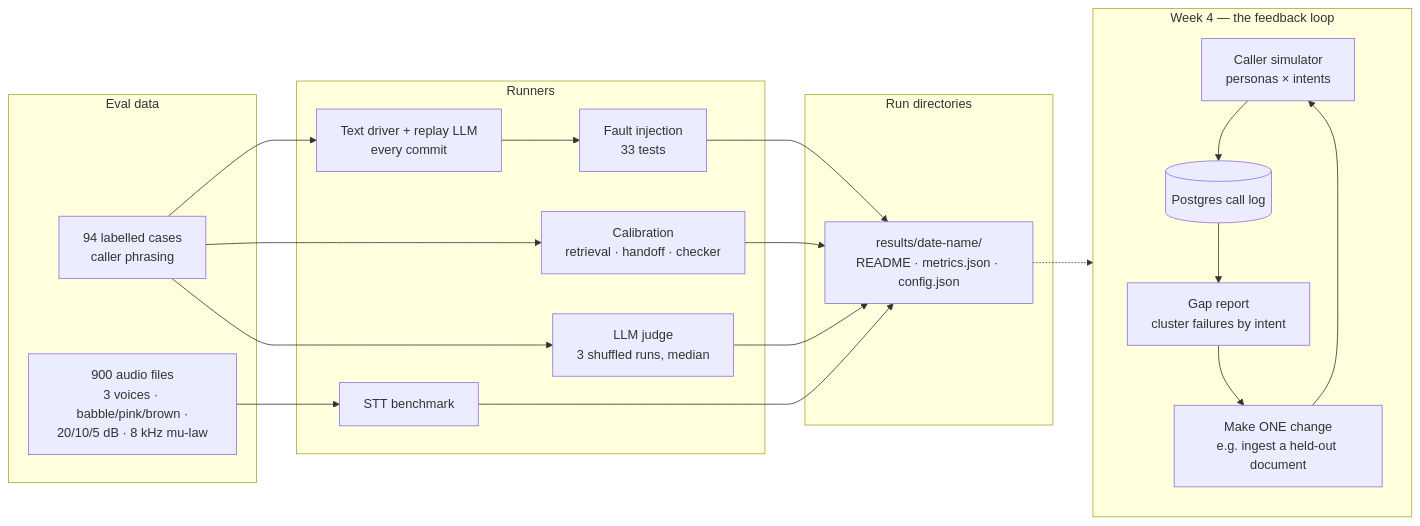
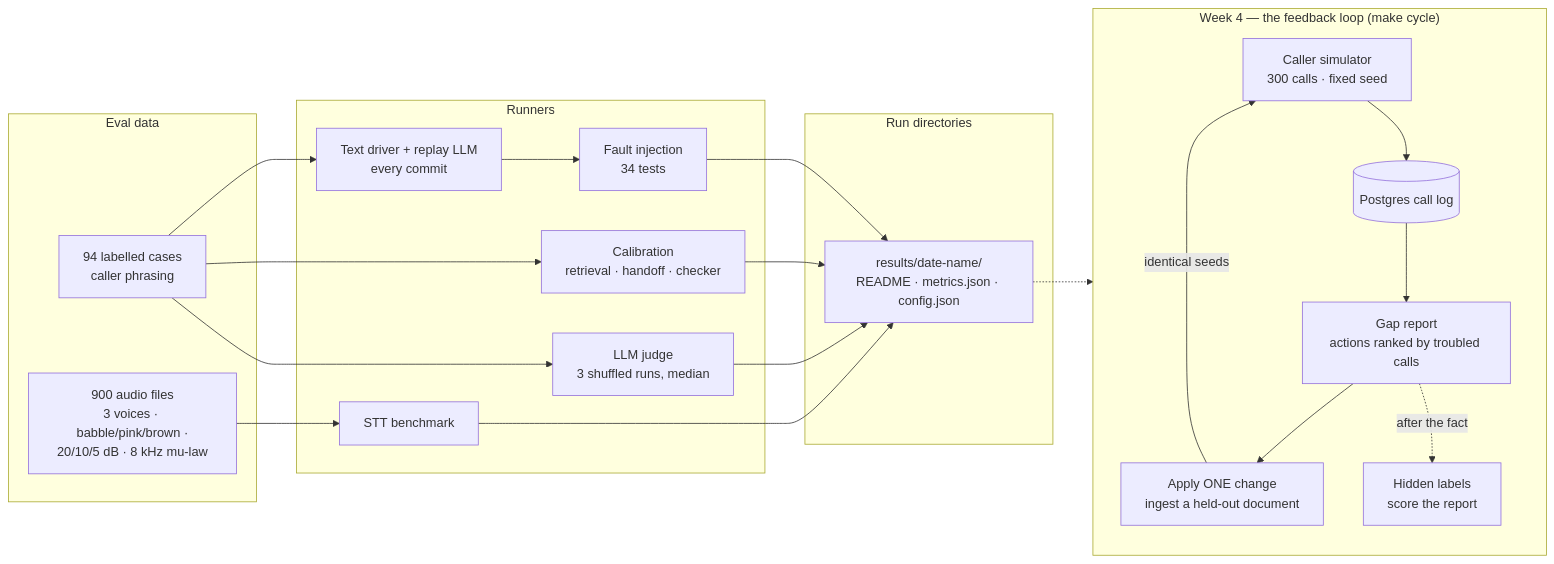
The tenth of 11 diagrams in README.md (ghantasala-sr/Voice-Desk), drawn with Mermaid before and after one commit. The commit also changed other lines of this file and 64 other files, not shown here.

````diff
--- a/README.md
+++ b/README.md
@@ -428,32 +437,33 @@
 ```mermaid
 flowchart LR
     subgraph data["Eval data"]
         CASES["94 labelled cases<br/>caller phrasing"]
         AUD["900 audio files<br/>3 voices · babble/pink/brown ·<br/>20/10/5 dB · 8 kHz mu-law"]
     end
 
     subgraph runners["Runners"]
         TD["Text driver + replay LLM<br/>every commit"]
-        FI["Fault injection<br/>33 tests"]
+        FI["Fault injection<br/>34 tests"]
         CAL["Calibration<br/>retrieval · handoff · checker"]
         STTE["STT benchmark"]
         JUDGE["LLM judge<br/>3 shuffled runs, median"]
     end
 
     subgraph out["Run directories"]
         RES["results/date-name/<br/>README · metrics.json · config.json"]
     end
 
     CASES --> TD & CAL & JUDGE
     AUD --> STTE
     TD --> FI
     CAL & STTE & FI & JUDGE --> RES
 
-    subgraph loop["Week 4 — the feedback loop"]
-        SIM["Caller simulator<br/>personas × intents"] --> PG[("Postgres call log")]
-        PG --> GAP["Gap report<br/>cluster failures by intent"]
-        GAP --> FIX["Make ONE change<br/>e.g. ingest a held-out document"]
-        FIX --> SIM
+    subgraph loop["Week 4 — the feedback loop (make cycle)"]
+        CSIM["Caller simulator<br/>300 calls · fixed seed"] --> PG[("Postgres call log")]
+        PG --> GAP["Gap report<br/>actions ranked by troubled calls"]
+        GAP --> FIX["Apply ONE change<br/>ingest a held-out document"]
+        FIX -->|identical seeds| CSIM
+        GAP -.->|after the fact| LABELS["Hidden labels<br/>score the report"]
     end
     RES -.-> loop
 ```
````
